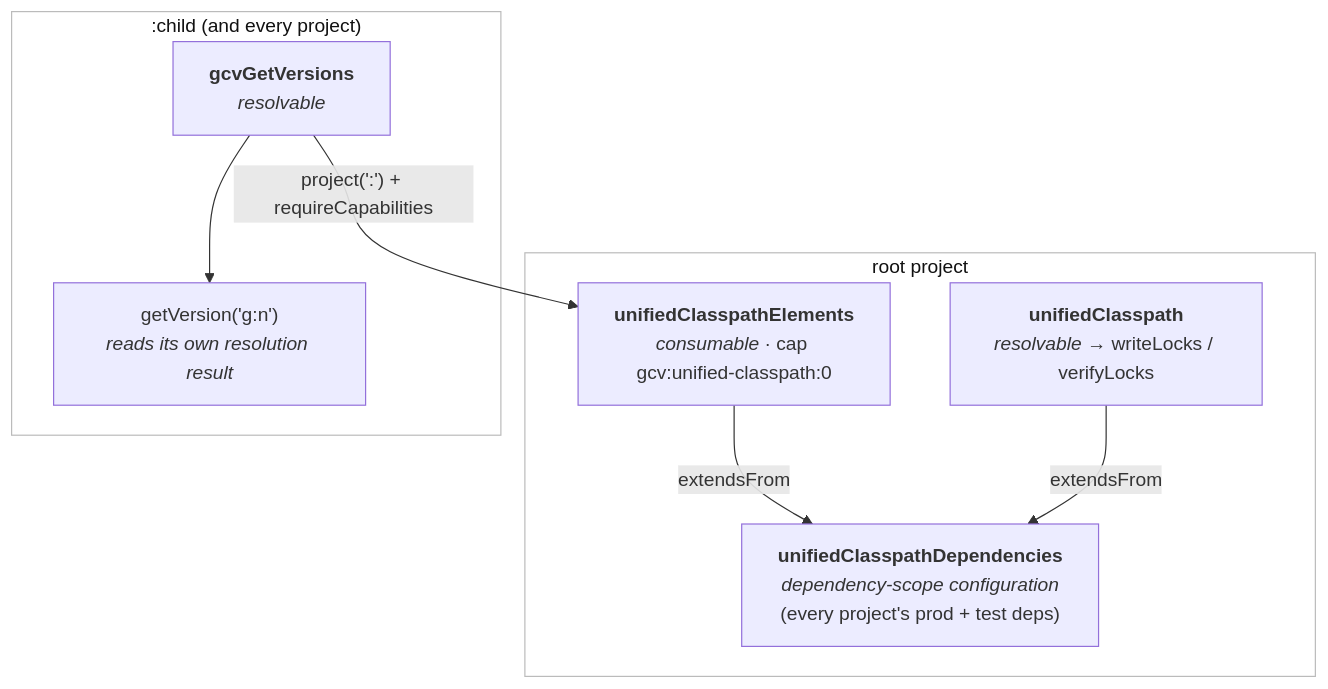
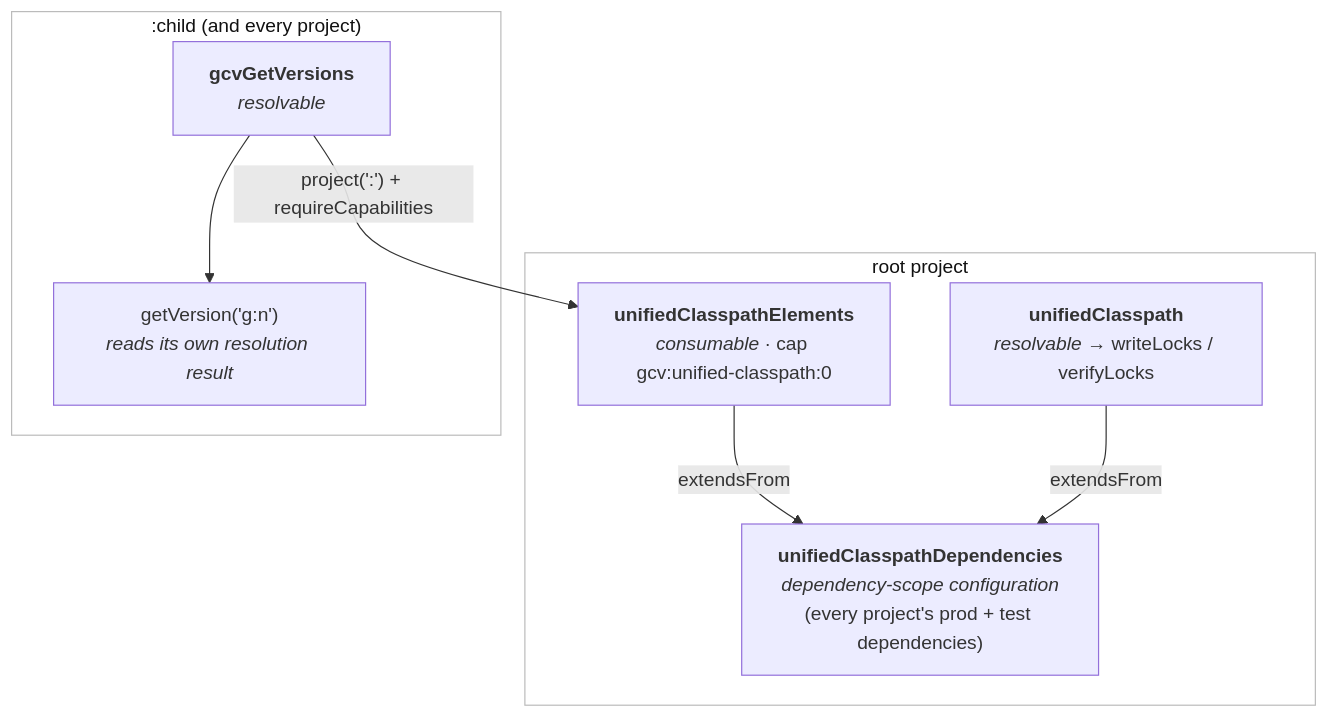
Before and after one commit to palantir/gradle-consistent-versions: the diagram in docs/adr/0001-getversion-per-project-resolution.md, drawn with Mermaid. The commit also changed other lines of this file, not shown here.

Commit message:
deps -> dependencies

````diff
--- a/docs/adr/0001-getversion-per-project-resolution.md
+++ b/docs/adr/0001-getversion-per-project-resolution.md
@@ -43,19 +43,19 @@
 ```mermaid
 flowchart TD
     subgraph root["root project"]
-        deps["<b>unifiedClasspathDependencies</b><br/><i>dependency-scope configuration</i><br/>(every project's prod + test deps)"]
+        dependencies["<b>unifiedClasspathDependencies</b><br/><i>dependency-scope configuration</i><br/>(every project's prod + test dependencies)"]
         elements["<b>unifiedClasspathElements</b><br/><i>consumable</i> · cap gcv:unified-classpath:0"]
         unified["<b>unifiedClasspath</b><br/><i>resolvable</i> → writeLocks / verifyLocks"]
-        elements -->|extendsFrom| deps
-        unified -->|extendsFrom| deps
+        elements -->|extendsFrom| dependencies
+        unified -->|extendsFrom| dependencies
     end
     subgraph child[":child (and every project)"]
         getv["<b>gcvGetVersions</b><br/><i>resolvable</i>"]
         gv["getVersion('g:n')<br/><i>reads its own resolution result</i>"]
         getv --> gv
     end
     getv -->|"project(':') + requireCapabilities"| elements
 
     style root fill:none,stroke:#bbb,color:#111
     style child fill:none,stroke:#bbb,color:#111
 ```
````
